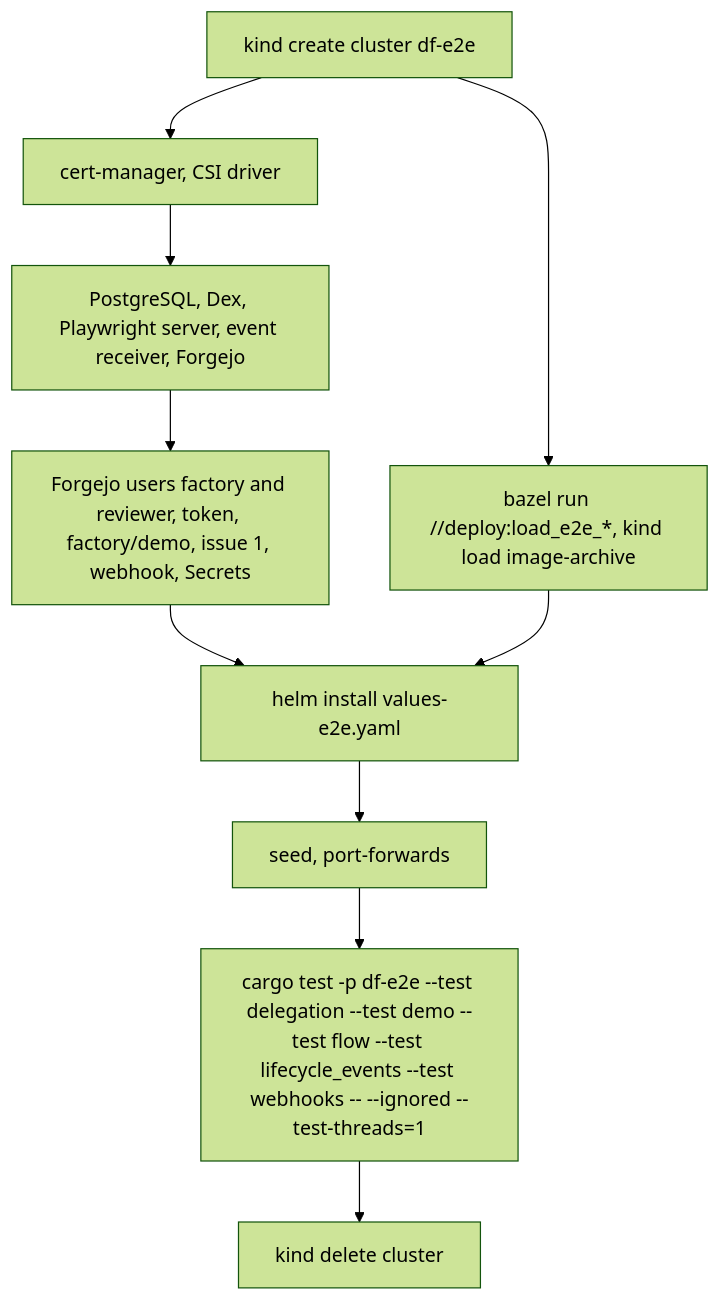
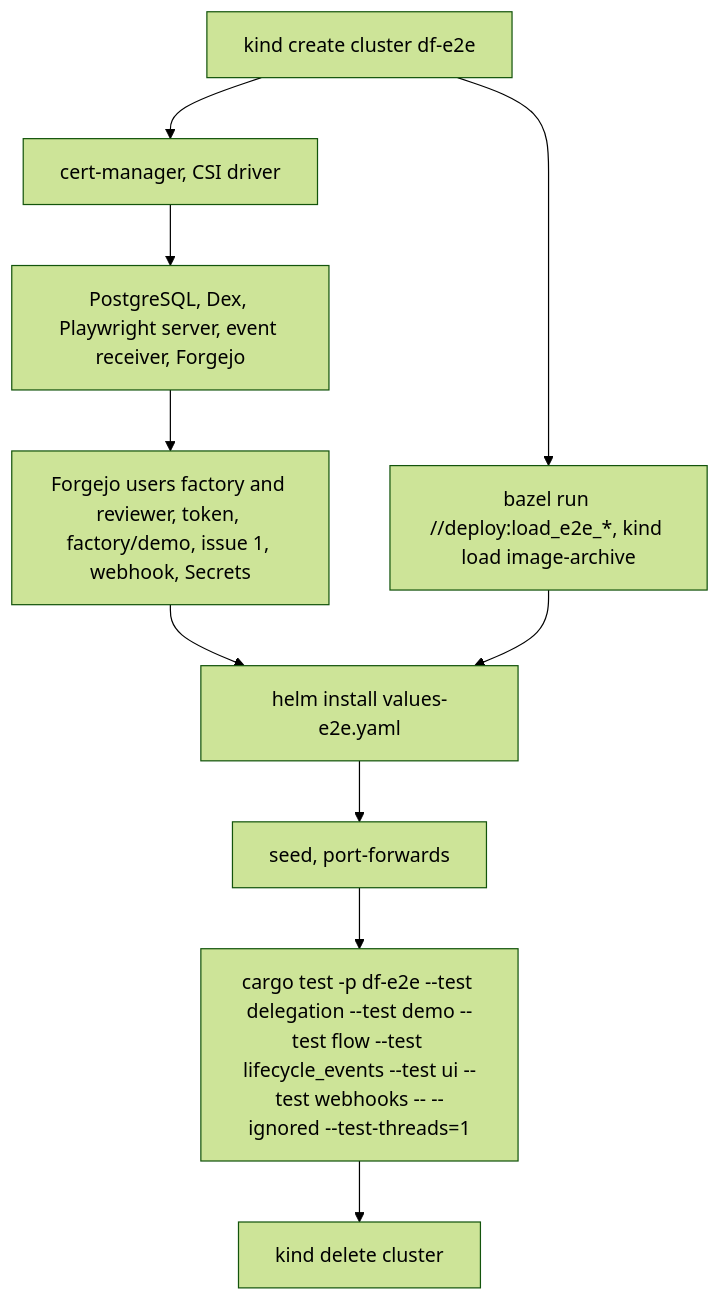
The diagram in docs/demo.md (prskr/dark-factory), drawn with Mermaid (forest theme) before and after one commit. The commit also changed other lines of this file and 3 other files, not shown here.

````diff
--- a/docs/demo.md
+++ b/docs/demo.md
@@ -27,12 +27,12 @@
 ```mermaid
 flowchart TD
     A[kind create cluster df-e2e] --> B[cert-manager, CSI driver]
     A --> I[bazel run //deploy:load_e2e_*, kind load image-archive]
     B --> C[PostgreSQL, Dex, Playwright server, event receiver, Forgejo]
     C --> D[Forgejo users factory and reviewer, token, factory/demo, issue 1, webhook, Secrets]
     D --> E[helm install values-e2e.yaml]
     I --> E
     E --> F[seed, port-forwards]
-    F --> G["cargo test -p df-e2e --test delegation --test demo --test flow --test lifecycle_events --test webhooks -- --ignored --test-threads=1"]
+    F --> G["cargo test -p df-e2e --test delegation --test demo --test flow --test lifecycle_events --test ui --test webhooks -- --ignored --test-threads=1"]
     G --> H[kind delete cluster]
 ```
````
